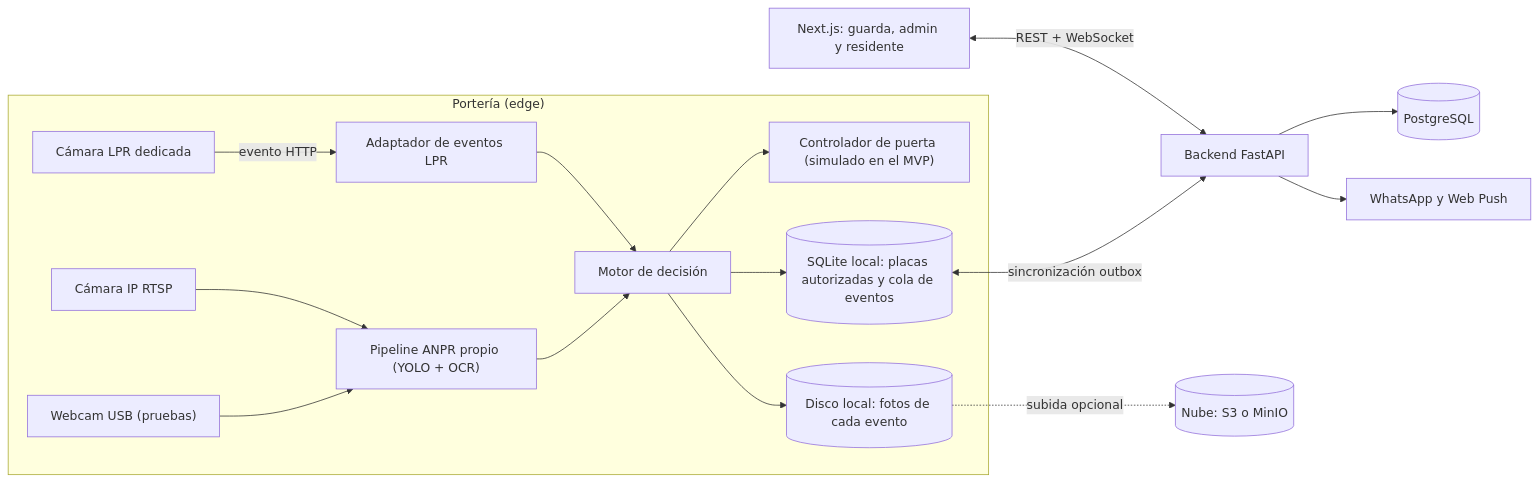
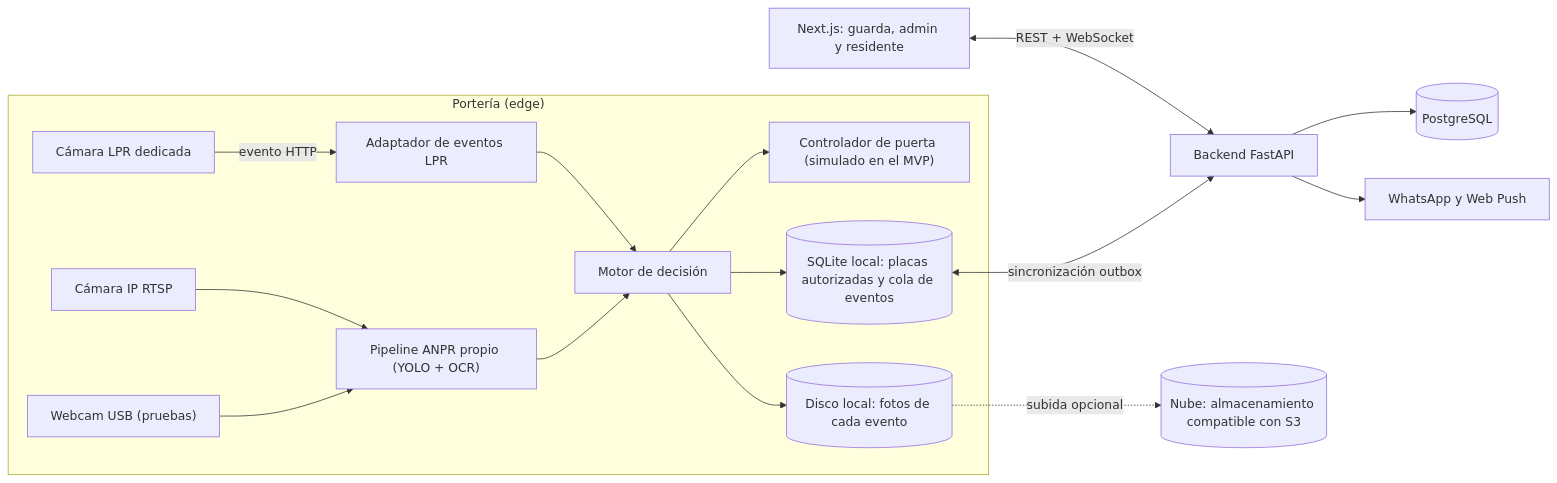
One commit to CesarJOtizM/licenseRecognition changed the diagram in docs/plan-proyecto.md. Above: the diagram before and after it, drawn with Mermaid. The commit also changed other lines of this file and 10 other files, not shown here.

````diff
--- a/docs/plan-proyecto.md
+++ b/docs/plan-proyecto.md
@@ -26,18 +26,18 @@
 ```mermaid
 flowchart LR
   subgraph Porteria["Portería (edge)"]
     Webcam["Webcam USB (pruebas)"] --> Pipeline["Pipeline ANPR propio (YOLO + OCR)"]
     CamIP["Cámara IP RTSP"] --> Pipeline
     CamLPR["Cámara LPR dedicada"] -->|"evento HTTP"| Ingest["Adaptador de eventos LPR"]
     Pipeline --> Decision["Motor de decisión"]
     Ingest --> Decision
     Decision --> Gate["Controlador de puerta (simulado en el MVP)"]
     Decision --> LocalDB[("SQLite local: placas autorizadas y cola de eventos")]
     Decision --> LocalImg[("Disco local: fotos de cada evento")]
   end
   LocalDB <-->|"sincronización outbox"| API["Backend FastAPI"]
-  LocalImg -.->|"subida opcional"| Storage[("Nube: S3 o MinIO")]
+  LocalImg -.->|"subida opcional"| Storage[("Nube: almacenamiento compatible con S3")]
   API --> PG[("PostgreSQL")]
   API --> Notif["WhatsApp y Web Push"]
   Web["Next.js: guarda, admin y residente"] <-->|"REST + WebSocket"| API
 ```
````
